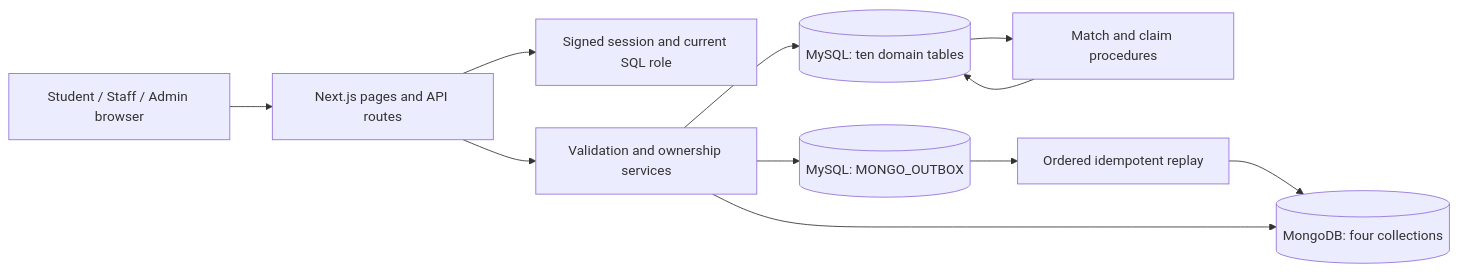
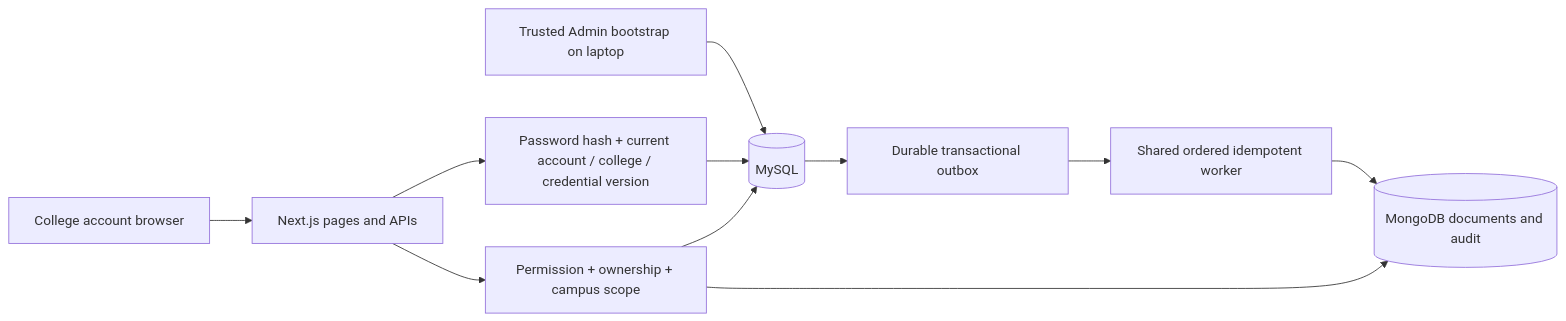
The diagram in docs/implementation/Architecture.md (Chandak06/DBMS-MINIPROJECT), drawn with Mermaid before and after one commit. The commit also changed other lines of this file, not shown here.

````diff
--- a/docs/implementation/Architecture.md
+++ b/docs/implementation/Architecture.md
@@ -5,13 +5,13 @@
 ```mermaid
 flowchart LR
- Browser[Student / Staff / Admin browser] --> Next[Next.js pages and API routes]
- Next --> Auth[Signed session and current SQL role]
- Next --> Services[Validation and ownership services]
- Services --> SQL[(MySQL: ten domain tables)]
- Services --> Queue[(MySQL: MONGO_OUTBOX)]
- SQL --> Procedures[Match and claim procedures]
- Queue --> Worker[Ordered idempotent replay]
- Worker --> Mongo[(MongoDB: four collections)]
+ Browser[College account browser] --> Next[Next.js pages and APIs]
+ CLI[Trusted Admin bootstrap on laptop] --> SQL[(MySQL)]
+ Next --> Auth[Password hash + current account / college / credential version]
+ Auth --> SQL
+ Next --> Services[Permission + ownership + campus scope]
+ Services --> SQL
+ SQL --> Queue[Durable transactional outbox]
+ Queue --> Worker[Shared ordered idempotent worker]
+ Worker --> Mongo[(MongoDB documents and audit)]
  Services --> Mongo
- Procedures --> SQL
 ```
````
